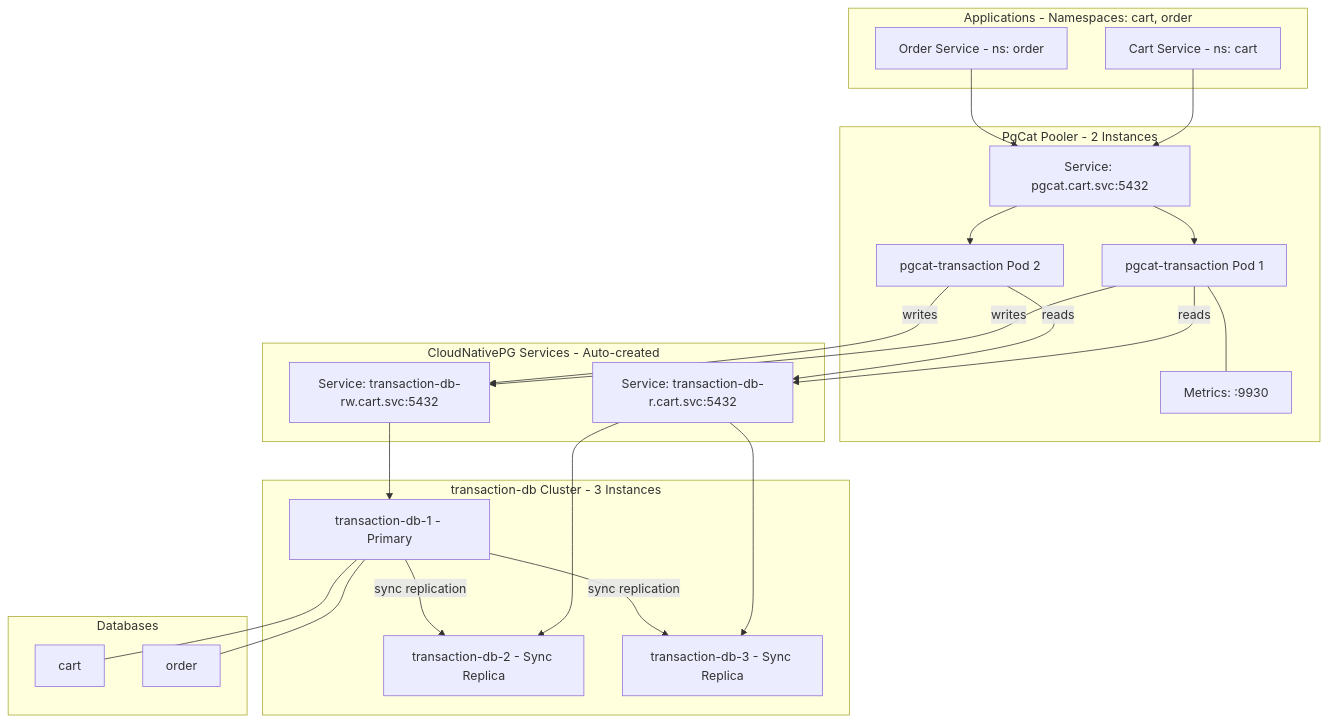
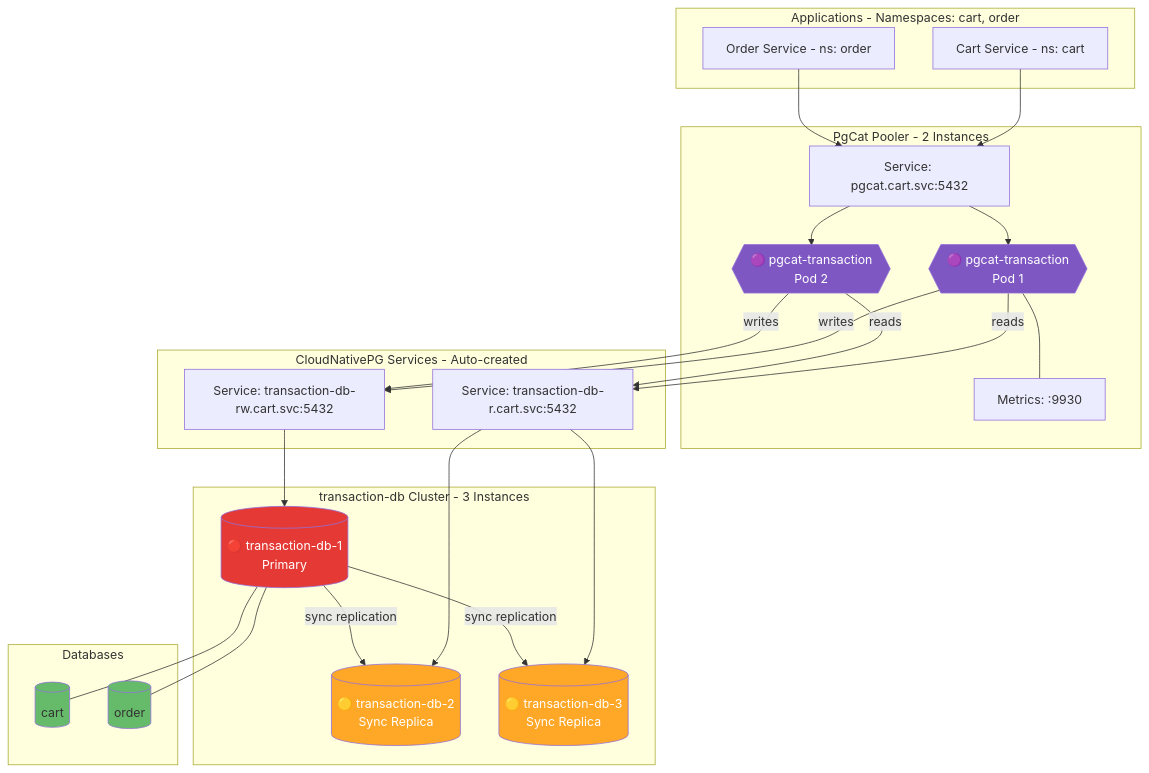
The fifth of 6 diagrams in kubernetes/infra/configs/databases/clusters/README.md (duynhlab/homelab), drawn with Mermaid before and after one commit. The commit also changed other lines of this file and 18 other files, not shown here.

````diff
--- a/kubernetes/infra/configs/databases/clusters/README.md
+++ b/kubernetes/infra/configs/databases/clusters/README.md
@@ -367,47 +394,55 @@
 ```mermaid
 flowchart TD
     subgraph Apps["Applications - Namespaces: cart, order"]
         CartService["Cart Service - ns: cart"]
         OrderService["Order Service - ns: order"]
     end
 
     subgraph Pooler["PgCat Pooler - 2 Instances"]
-        PgCat1["pgcat-transaction Pod 1"]
-        PgCat2["pgcat-transaction Pod 2"]
+        PgCat1{{"🟣 pgcat-transaction<br/>Pod 1"}}
+        PgCat2{{"🟣 pgcat-transaction<br/>Pod 2"}}
         PgCatSvc["Service: pgcat.cart.svc:5432"]
         PgCatMetrics["Metrics: :9930"]
     end
 
     subgraph CNPGSvc["CloudNativePG Services - Auto-created"]
         RWSvc["Service: transaction-db-rw.cart.svc:5432"]
         RSvc["Service: transaction-db-r.cart.svc:5432"]
     end
 
     subgraph Cluster["transaction-db Cluster - 3 Instances"]
-        Primary["transaction-db-1 - Primary"]
-        Replica1["transaction-db-2 - Sync Replica"]
-        Replica2["transaction-db-3 - Sync Replica"]
+        Primary[("🔴 transaction-db-1<br/>Primary")]
+        Replica1[("🟡 transaction-db-2<br/>Sync Replica")]
+        Replica2[("🟡 transaction-db-3<br/>Sync Replica")]
     end
 
     subgraph Databases["Databases"]
-        CartDB["cart"]
-        OrderDB["order"]
+        CartDB[("cart")]
+        OrderDB[("order")]
     end
 
     CartService --> PgCatSvc
     OrderService --> PgCatSvc
     PgCatSvc --> PgCat1
     PgCatSvc --> PgCat2
     PgCat1 -->|"writes"| RWSvc
     PgCat1 -->|"reads"| RSvc
     PgCat2 -->|"writes"| RWSvc
     PgCat2 -->|"reads"| RSvc
     RWSvc --> Primary
     RSvc --> Replica1
     RSvc --> Replica2
     Primary -->|"sync replication"| Replica1
     Primary -->|"sync replication"| Replica2
     Primary --- CartDB
     Primary --- OrderDB
     PgCat1 --- PgCatMetrics
+    
+    style Primary fill:#E53935,color:#fff
+    style Replica1 fill:#FFA726,color:#fff
+    style Replica2 fill:#FFA726,color:#fff
+    style CartDB fill:#66BB6A
+    style OrderDB fill:#66BB6A
+    style PgCat1 fill:#7E57C2,color:#fff
+    style PgCat2 fill:#7E57C2,color:#fff
 ```
````
